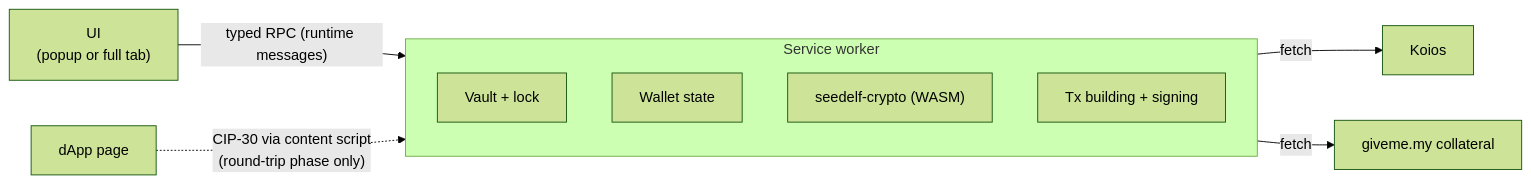
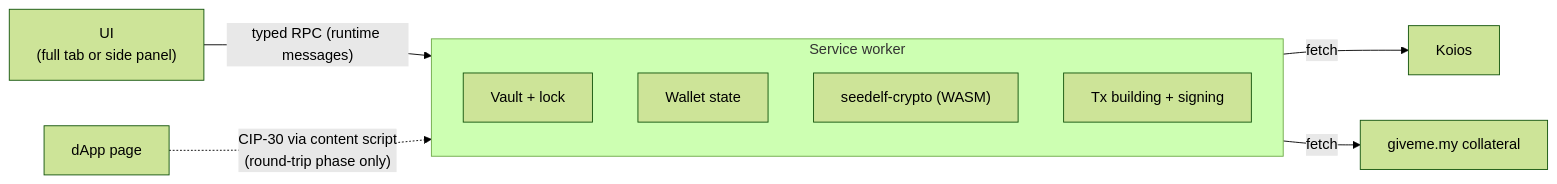
One commit to logical-mechanism/Seedelf-Wallet changed the diagram in seedelf-platform/seedelf-web-wallet/docs/architecture.md. Above: the diagram before and after it, drawn with Mermaid (forest theme). The commit also changed other lines of this file and 64 other files, not shown here.

First line of the commit message:
What Lace and Eternl had that the wallet didn't: a tab or the side panel, hidden balances, notes, the lock time, handles, a phrase check, CSV, staking in Activity, and ADA's value (roadmap chunk 14)

````diff
--- a/seedelf-platform/seedelf-web-wallet/docs/architecture.md
+++ b/seedelf-platform/seedelf-web-wallet/docs/architecture.md
@@ -7,13 +7,13 @@
 ```mermaid
 flowchart LR
-  UI["UI<br/>(popup or full tab)"] -- "typed RPC (runtime messages)" --> SW
+  UI["UI<br/>(full tab or side panel)"] -- "typed RPC (runtime messages)" --> SW
   subgraph SW["Service worker"]
     Vault["Vault + lock"]
     Wallet["Wallet state"]
     Crypto["seedelf-crypto (WASM)"]
     Tx["Tx building + signing"]
   end
   SW -- "fetch" --> Koios["Koios"]
   SW -- "fetch" --> Collat["giveme.my collateral"]
   Page["dApp page"] -. "CIP-30 via content script<br/>(round-trip phase only)" .-> SW
 ```
````
